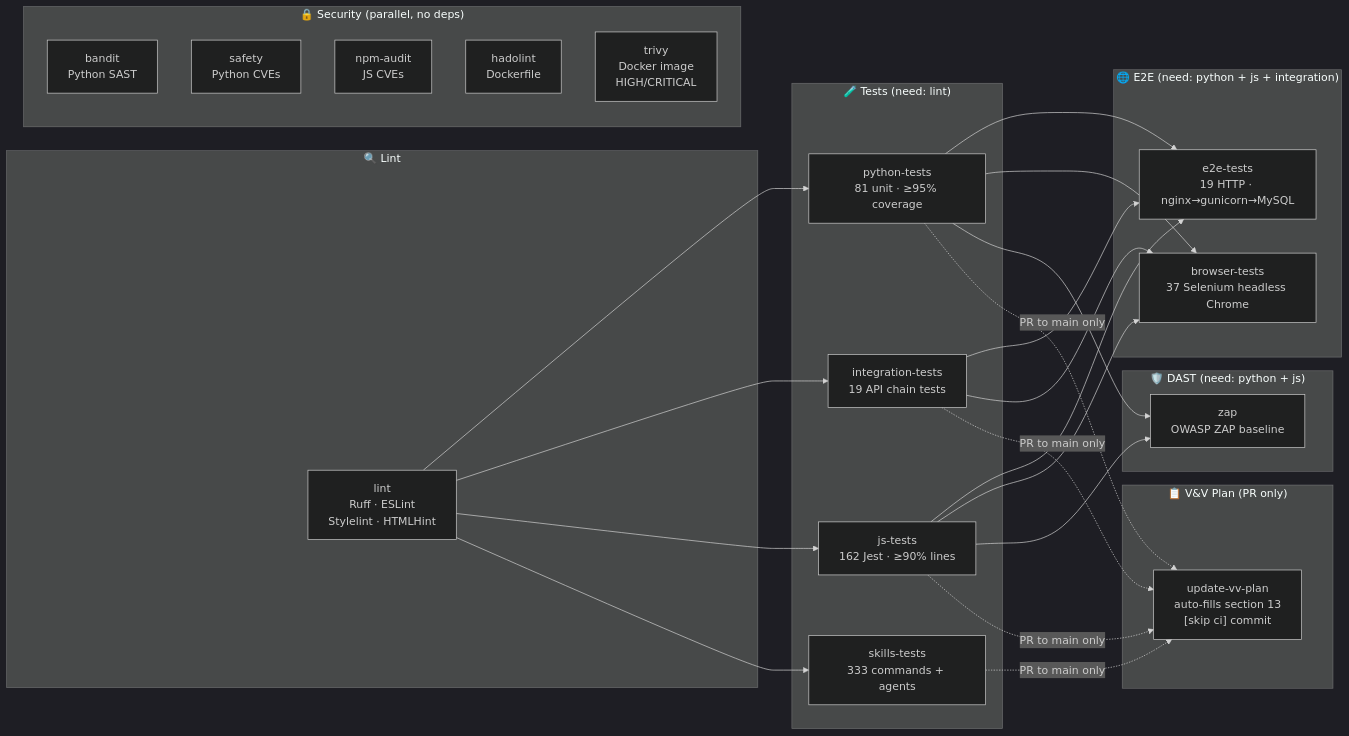
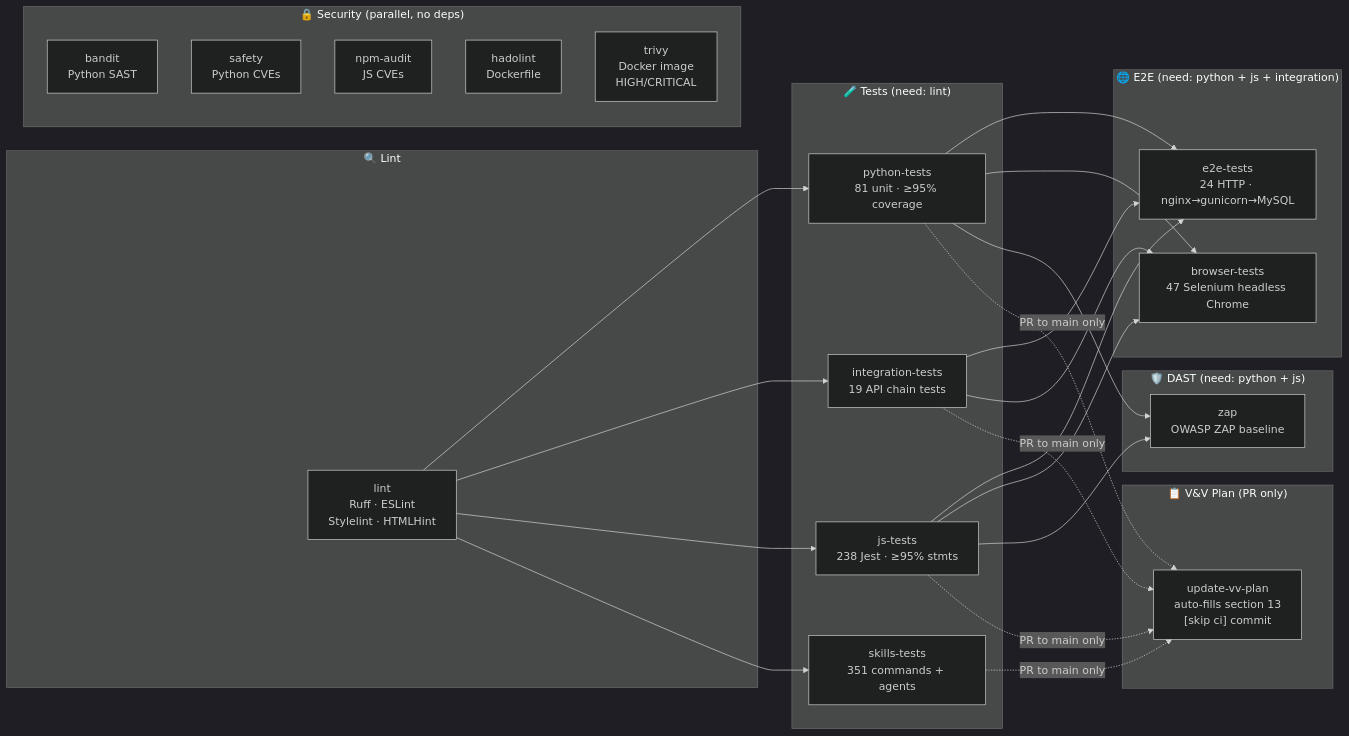
Before and after one commit to mgmarques/radiocalico: the fifth of 7 diagrams in README.md, drawn with Mermaid (dark theme). The commit also changed other lines of this file and 25 other files, not shown here.

First line of the commit message:
feat: 3 new skills, 2 rules, 4 agent updates, mock DB for offline tests (#14)

````diff
--- a/README.md
+++ b/README.md
@@ -524,51 +524,51 @@
 ```mermaid
 graph LR
     subgraph Lint["🔍 Lint"]
         lint["lint\nRuff · ESLint\nStylelint · HTMLHint"]
     end
 
     subgraph Tests["🧪 Tests (need: lint)"]
         python["python-tests\n81 unit · ≥95% coverage"]
         integration["integration-tests\n19 API chain tests"]
-        js["js-tests\n162 Jest · ≥90% lines"]
-        skills["skills-tests\n333 commands + agents"]
+        js["js-tests\n238 Jest · ≥95% stmts"]
+        skills["skills-tests\n351 commands + agents"]
     end
 
     subgraph E2E["🌐 E2E (need: python + js + integration)"]
-        e2e["e2e-tests\n19 HTTP · nginx→gunicorn→MySQL"]
-        browser["browser-tests\n37 Selenium headless Chrome"]
+        e2e["e2e-tests\n24 HTTP · nginx→gunicorn→MySQL"]
+        browser["browser-tests\n47 Selenium headless Chrome"]
     end
 
     subgraph DAST["🛡️ DAST (need: python + js)"]
         zap["zap\nOWASP ZAP baseline"]
     end
 
     subgraph Security["🔒 Security (parallel, no deps)"]
         bandit["bandit\nPython SAST"]
         safety["safety\nPython CVEs"]
         npm_audit["npm-audit\nJS CVEs"]
         hadolint["hadolint\nDockerfile"]
         trivy["trivy\nDocker image\nHIGH/CRITICAL"]
     end
 
     subgraph VVPlan["📋 V&V Plan (PR only)"]
         vv["update-vv-plan\nauto-fills section 13\n[skip ci] commit"]
     end
 
     lint --> python
     lint --> integration
     lint --> js
     lint --> skills
     python --> e2e
     js --> e2e
     integration --> e2e
     python --> browser
     js --> browser
     integration --> browser
     python --> zap
     js --> zap
     python -.->|"PR to main only"| vv
     js -.->|"PR to main only"| vv
     integration -.->|"PR to main only"| vv
     skills -.->|"PR to main only"| vv
 ```
````
